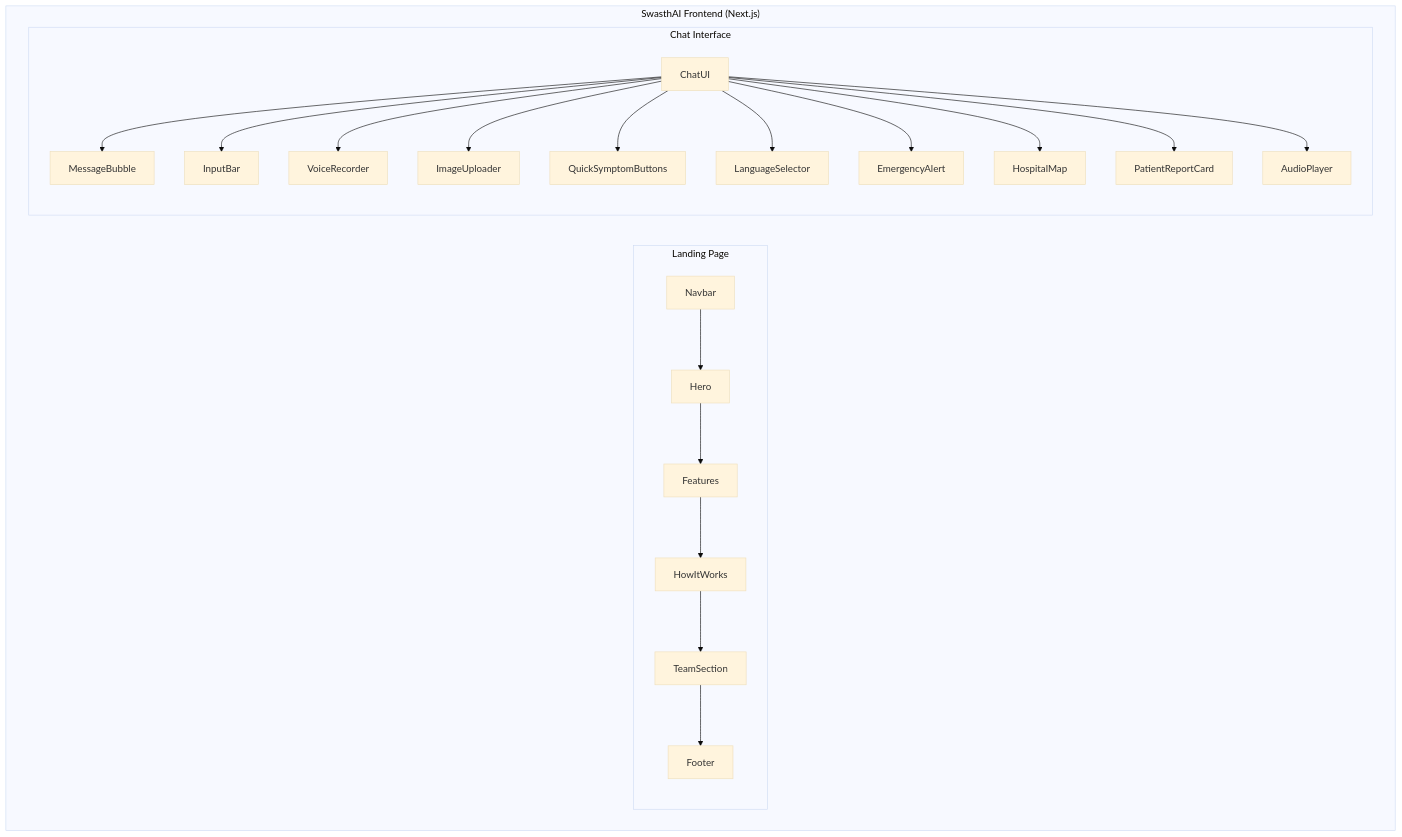
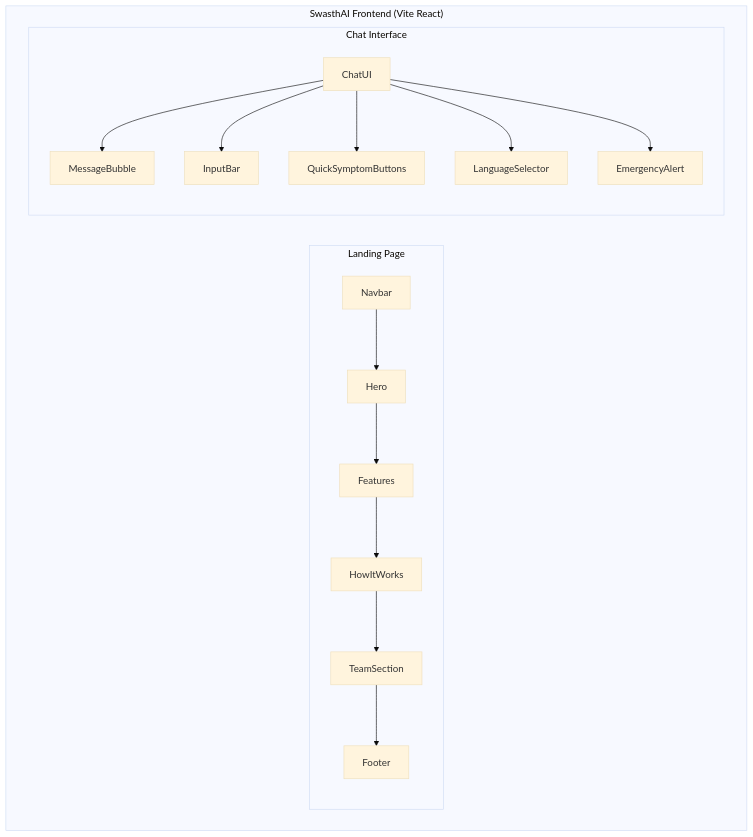
Before and after one commit to Pranshu-2177/Aetrix-Hackathon: the fourth of 13 diagrams in ARCHITECTURE.md, drawn with Mermaid (base theme). The commit also changed other lines of this file and 30 other files, not shown here.

Commit message:
Build rural-first SwasthAI chat MVP

````diff
--- a/ARCHITECTURE.md
+++ b/ARCHITECTURE.md
@@ -285,25 +301,20 @@
 ```mermaid
 graph TD
-    subgraph Frontend["SwasthAI Frontend (Next.js)"]
+    subgraph Frontend["SwasthAI Frontend (Vite React)"]
         subgraph Landing["Landing Page"]
             Navbar --> Hero
             Hero --> Features
             Features --> HowItWorks
             HowItWorks --> TeamSection
             TeamSection --> Footer
         end
         subgraph Chatbot["Chat Interface"]
             ChatUI["ChatUI"]
             ChatUI --> MB["MessageBubble"]
             ChatUI --> IB["InputBar"]
-            ChatUI --> VR["VoiceRecorder"]
-            ChatUI --> IU["ImageUploader"]
             ChatUI --> QSB["QuickSymptomButtons"]
             ChatUI --> LS["LanguageSelector"]
             ChatUI --> EA["EmergencyAlert"]
-            ChatUI --> HM["HospitalMap"]
-            ChatUI --> PRC["PatientReportCard"]
-            ChatUI --> AP["AudioPlayer"]
         end
     end
 ```
````
